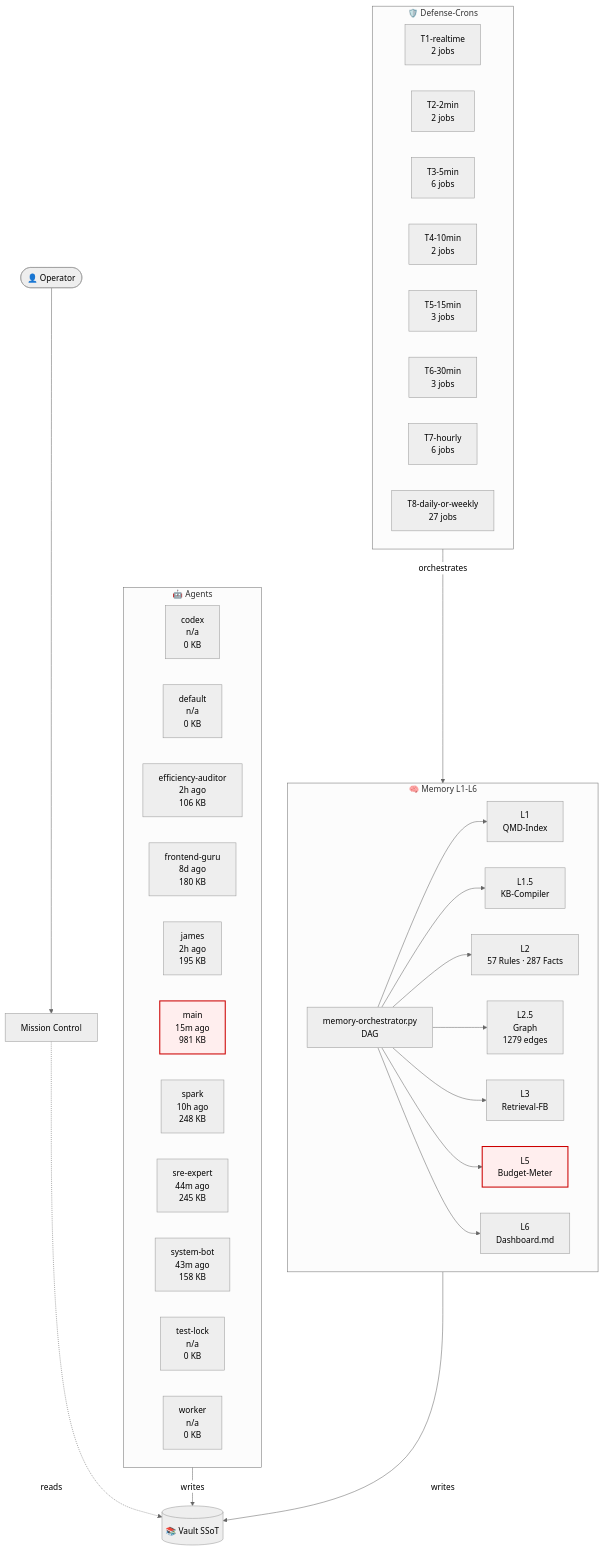
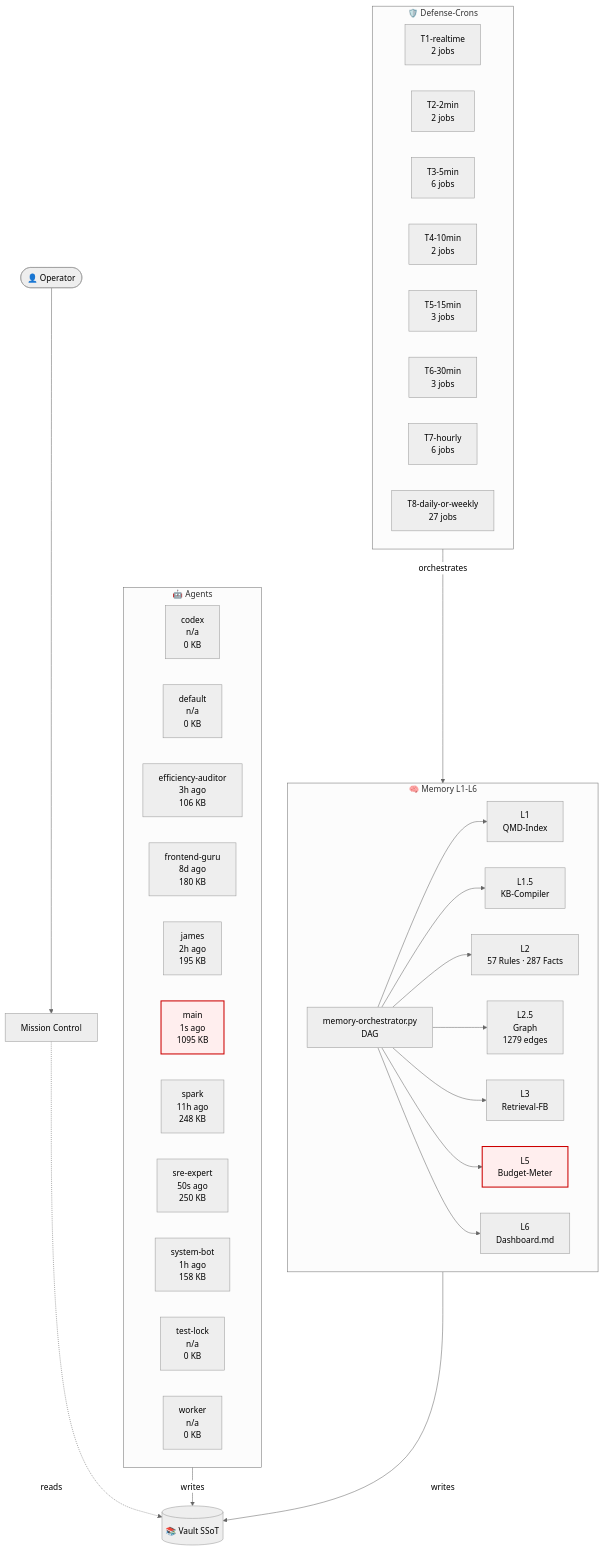
Before and after one commit to lenardhuebner88-rgb/openclaw-memory: the diagram in 03-Agents/architecture-live.md, drawn with Mermaid (neutral theme). The commit also changed other lines of this file and 24 other files, not shown here.

````diff
--- a/03-Agents/architecture-live.md
+++ b/03-Agents/architecture-live.md
@@ -18,54 +18,54 @@
 ```mermaid
 flowchart TB
     classDef critical fill:#fee,stroke:#c00,stroke-width:2px;
     subgraph AGT["🤖 Agents"]
         agent_codex["codex<br/>n/a<br/>0 KB"]
         agent_default["default<br/>n/a<br/>0 KB"]
-        agent_efficiency_auditor["efficiency-auditor<br/>2h ago<br/>106 KB"]
+        agent_efficiency_auditor["efficiency-auditor<br/>3h ago<br/>106 KB"]
         agent_frontend_guru["frontend-guru<br/>8d ago<br/>180 KB"]
         agent_james["james<br/>2h ago<br/>195 KB"]
-        agent_main["main<br/>15m ago<br/>981 KB"]
-        agent_spark["spark<br/>10h ago<br/>248 KB"]
-        agent_sre_expert["sre-expert<br/>44m ago<br/>245 KB"]
-        agent_system_bot["system-bot<br/>43m ago<br/>158 KB"]
+        agent_main["main<br/>1s ago<br/>1095 KB"]
+        agent_spark["spark<br/>11h ago<br/>248 KB"]
+        agent_sre_expert["sre-expert<br/>50s ago<br/>250 KB"]
+        agent_system_bot["system-bot<br/>1h ago<br/>158 KB"]
         agent_test_lock["test-lock<br/>n/a<br/>0 KB"]
         agent_worker["worker<br/>n/a<br/>0 KB"]
     end
     subgraph MEM["🧠 Memory L1-L6"]
         L1["L1<br/>QMD-Index"]
         L15["L1.5<br/>KB-Compiler"]
         L2["L2<br/>57 Rules · 287 Facts"]
         L25["L2.5<br/>Graph<br/>1279 edges"]
         L3["L3<br/>Retrieval-FB"]
         L5["L5<br/>Budget-Meter"]
         L6["L6<br/>Dashboard.md"]
         ORCH["memory-orchestrator.py<br/>DAG"]
     end
     subgraph CRN["🛡️ Defense-Crons"]
         tier_T1_realtime["T1-realtime<br/>2 jobs"]
         tier_T2_2min["T2-2min<br/>2 jobs"]
         tier_T3_5min["T3-5min<br/>6 jobs"]
         tier_T4_10min["T4-10min<br/>2 jobs"]
         tier_T5_15min["T5-15min<br/>3 jobs"]
         tier_T6_30min["T6-30min<br/>3 jobs"]
         tier_T7_hourly["T7-hourly<br/>6 jobs"]
         tier_T8_daily_or_weekly["T8-daily-or-weekly<br/>27 jobs"]
     end
     VAULT[("📚 Vault SSoT")]
     OP([👤 Operator])
     MC["Mission Control"]
     OP --> MC
     MC -.reads.-> VAULT
     AGT -->|writes| VAULT
     MEM -->|writes| VAULT
     ORCH --> L1
     ORCH --> L15
     ORCH --> L2
     ORCH --> L25
     ORCH --> L3
     ORCH --> L5
     ORCH --> L6
     CRN -->|orchestrates| MEM
     class L5 critical
     class agent_main critical
 ```
````
